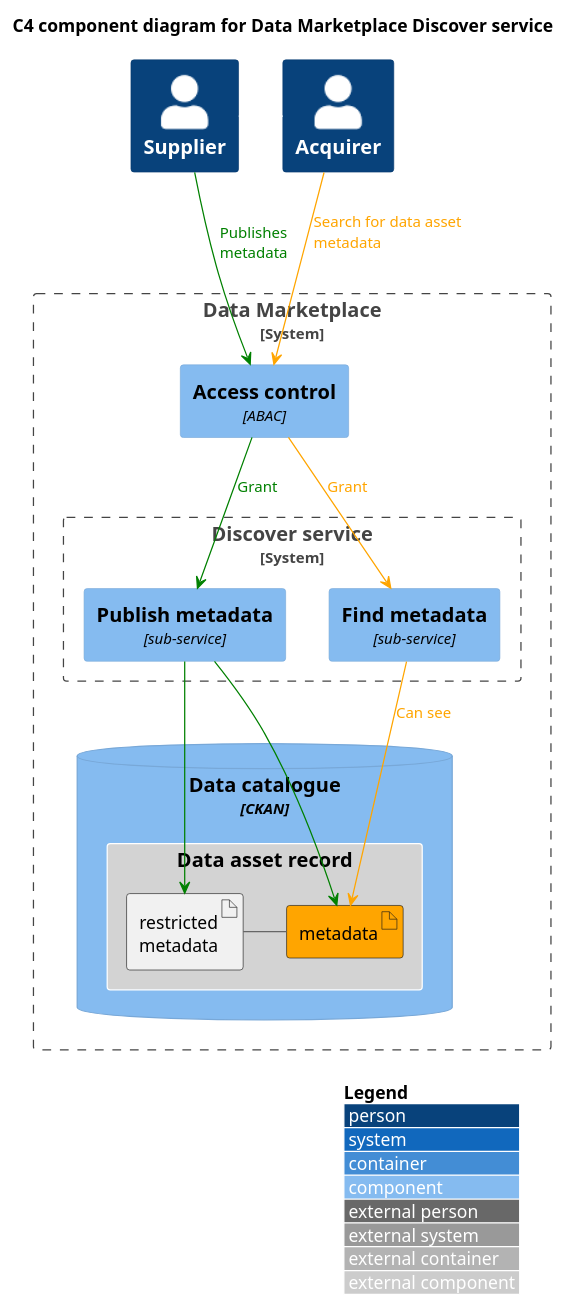
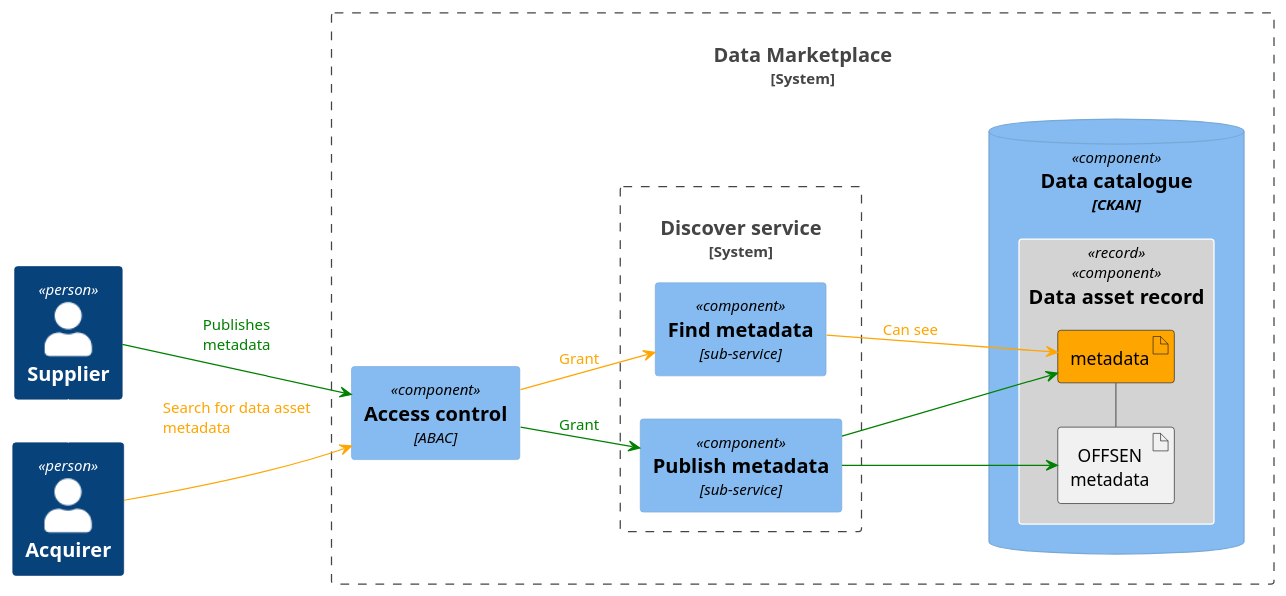
Before and after one commit to co-cddo/data-architecture: the diagram in data-marketplace/dm-c4-component-discover.puml, drawn with PlantUML. The commit also changed 4 other files, not shown here.

Commit message:
Update file(s) "/." from "co-cddo/data-architecture-r"

```diff
--- a/data-marketplace/dm-c4-component-discover.puml
+++ b/data-marketplace/dm-c4-component-discover.puml
@@ -1,40 +1,41 @@
 @startuml dm-c4-component-discover 
 !include <C4/C4_Component>
 
-LAYOUT_TOP_DOWN()
-LAYOUT_WITH_LEGEND()
+'LAYOUT_TOP_DOWN()
+'LAYOUT_WITH_LEGEND()
+left to right direction
 
-title C4 component diagram for Data Marketplace Discover service
+'title C4 component diagram for Data Marketplace Discover service
 
 AddElementTag("record", $bgColor="LightGrey", $borderColor="White")
 
 Person(acquirer, "Acquirer", "")
 Person(supplier, "Supplier", "")
 
 System_Boundary(dm, "Data Marketplace") {
   Component(access, "Access control", "ABAC")  
   System_Boundary(discover, "Discover service") {
     Component(publish, "Publish metadata", "sub-service")
     Component(find, "Find metadata", "sub-service")
   }
   ComponentDb(CKAN,"Data catalogue","CKAN") {
     Component(asset,"Data asset record", $tags="record") {
     artifact "metadata" as metadata #orange
-    artifact "restricted\nmetadata" as metadatar
+    artifact "OFFSEN\nmetadata" as metadatar
     }
 
     metadata - metadatar
   }
 }
 supplier --> access #green : <color:green>Publishes\l<color:green>metadata
 access --> publish #green : <color:green>Grant
 publish --> metadata #green
 publish --> metadatar #green
 
 acquirer --> access #orange : <color:orange>Search for data asset metadata\l
 access --> find #orange : <color:orange>Grant
 find --> metadata #orange : <color:orange>Can see
 
 'layout
 supplier -[#hidden] acquirer
 @enduml
```
